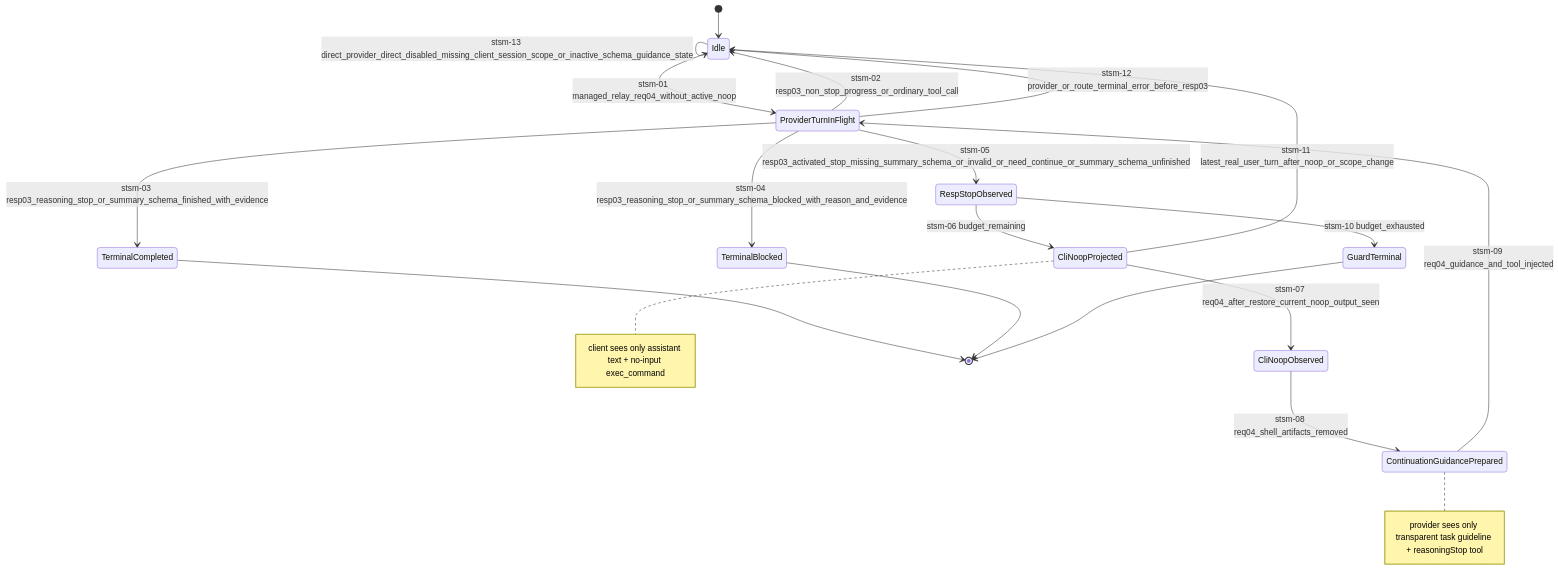
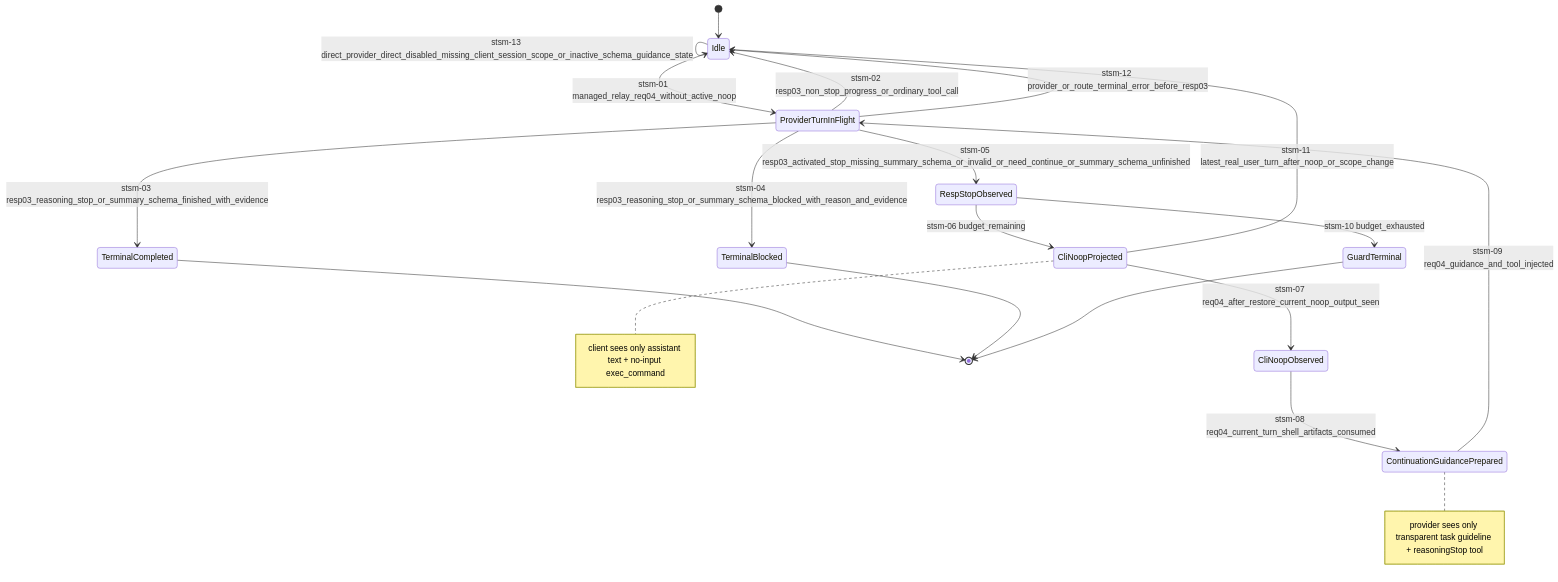
The second of 2 diagrams in docs/architecture/wiki/stopless-session-mainline-source.md (Jasonzhangf/routecodex), drawn with Mermaid before and after one commit. The commit also changed other lines of this file and 102 other files, not shown here.

````diff
--- a/docs/architecture/wiki/stopless-session-mainline-source.md
+++ b/docs/architecture/wiki/stopless-session-mainline-source.md
@@ -51,26 +51,26 @@
 ```mermaid
 stateDiagram-v2
   [*] --> Idle
   Idle --> ProviderTurnInFlight: stsm-01 managed_relay_req04_without_active_noop
   ProviderTurnInFlight --> Idle: stsm-02 resp03_non_stop_progress_or_ordinary_tool_call
   ProviderTurnInFlight --> TerminalCompleted: stsm-03 resp03_reasoning_stop_or_summary_schema_finished_with_evidence
   ProviderTurnInFlight --> TerminalBlocked: stsm-04 resp03_reasoning_stop_or_summary_schema_blocked_with_reason_and_evidence
   ProviderTurnInFlight --> RespStopObserved: stsm-05 resp03_activated_stop_missing_summary_schema_or_invalid_or_need_continue_or_summary_schema_unfinished
   RespStopObserved --> CliNoopProjected: stsm-06 budget_remaining
   CliNoopProjected --> CliNoopObserved: stsm-07 req04_after_restore_current_noop_output_seen
-  CliNoopObserved --> ContinuationGuidancePrepared: stsm-08 req04_shell_artifacts_removed
+  CliNoopObserved --> ContinuationGuidancePrepared: stsm-08 req04_current_turn_shell_artifacts_consumed
   ContinuationGuidancePrepared --> ProviderTurnInFlight: stsm-09 req04_guidance_and_tool_injected
   RespStopObserved --> GuardTerminal: stsm-10 budget_exhausted
   CliNoopProjected --> Idle: stsm-11 latest_real_user_turn_after_noop_or_scope_change
   ProviderTurnInFlight --> Idle: stsm-12 provider_or_route_terminal_error_before_resp03
   Idle --> Idle: stsm-13 direct_provider_direct_disabled_missing_client_session_scope_or_inactive_schema_guidance_state
   TerminalCompleted --> [*]
   TerminalBlocked --> [*]
   GuardTerminal --> [*]
   note right of CliNoopProjected
     client sees only assistant text + no-input exec_command
   end note
   note right of ContinuationGuidancePrepared
     provider sees only transparent task guideline + reasoningStop tool
   end note
 ```
````
